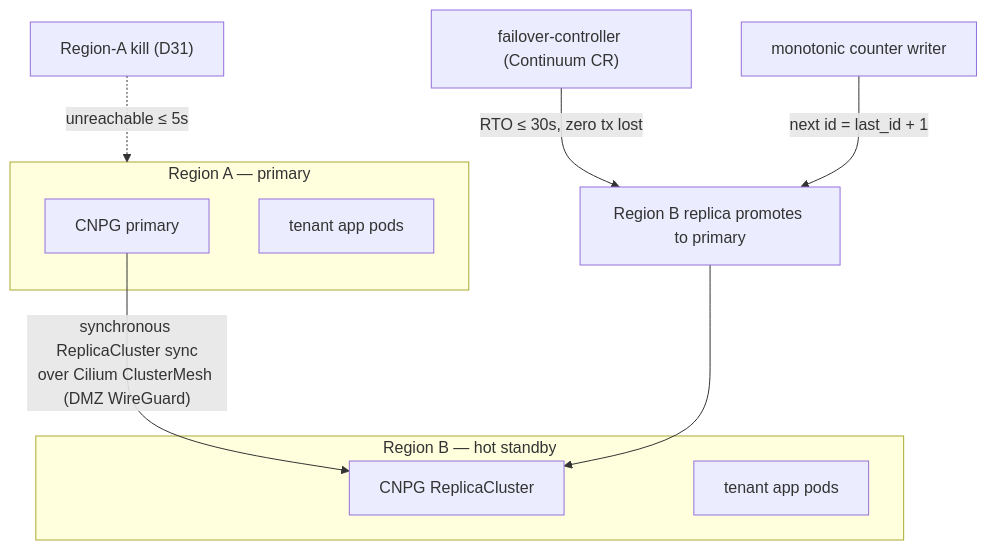
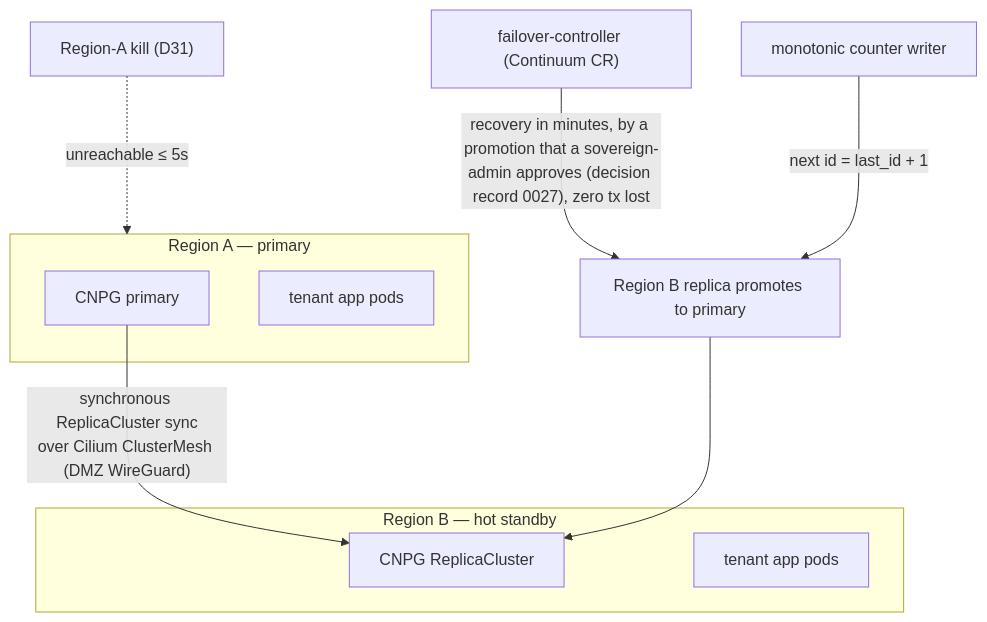
Before and after one commit to openova-io/openova: the eighth of 9 diagrams in docs/DOD.md, drawn with Mermaid. The commit also changed other lines of this file and 9 other files, not shown here.

````diff
--- a/docs/DOD.md
+++ b/docs/DOD.md
@@ -871,16 +871,16 @@
 ```mermaid
 graph TB
   subgraph RA["Region A — primary"]
     pgA["CNPG primary"]
     appA["tenant app pods"]
   end
   subgraph RB["Region B — hot standby"]
     pgB["CNPG ReplicaCluster"]
     appB["tenant app pods"]
   end
   pgA -->|"synchronous ReplicaCluster sync<br/>over Cilium ClusterMesh (DMZ WireGuard)"| pgB
   KILL["Region-A kill (D31)"] -.->|"unreachable ≤ 5s"| RA
-  FC["failover-controller (Continuum CR)"] -->|"RTO ≤ 30s, zero tx lost"| PROMOTE["Region B replica promotes to primary"]
+  FC["failover-controller (Continuum CR)"] -->|"recovery in minutes, by a promotion that a sovereign-admin approves (decision record 0027), zero tx lost"| PROMOTE["Region B replica promotes to primary"]
   PROMOTE --> pgB
   WR["monotonic counter writer"] -->|"next id = last_id + 1"| PROMOTE
 ```
````
